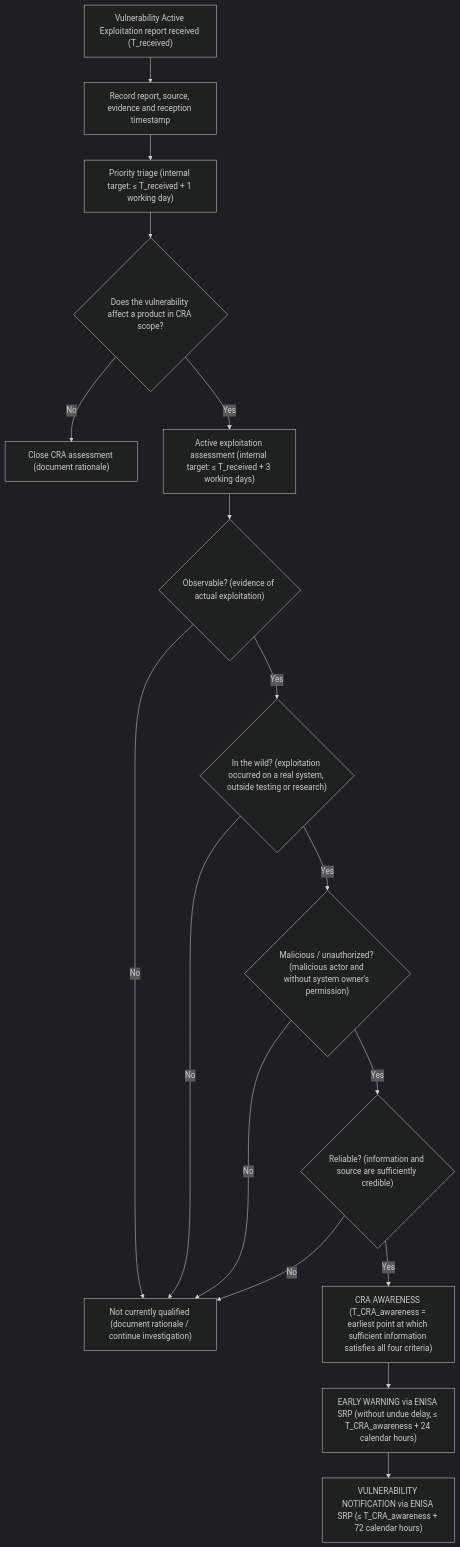
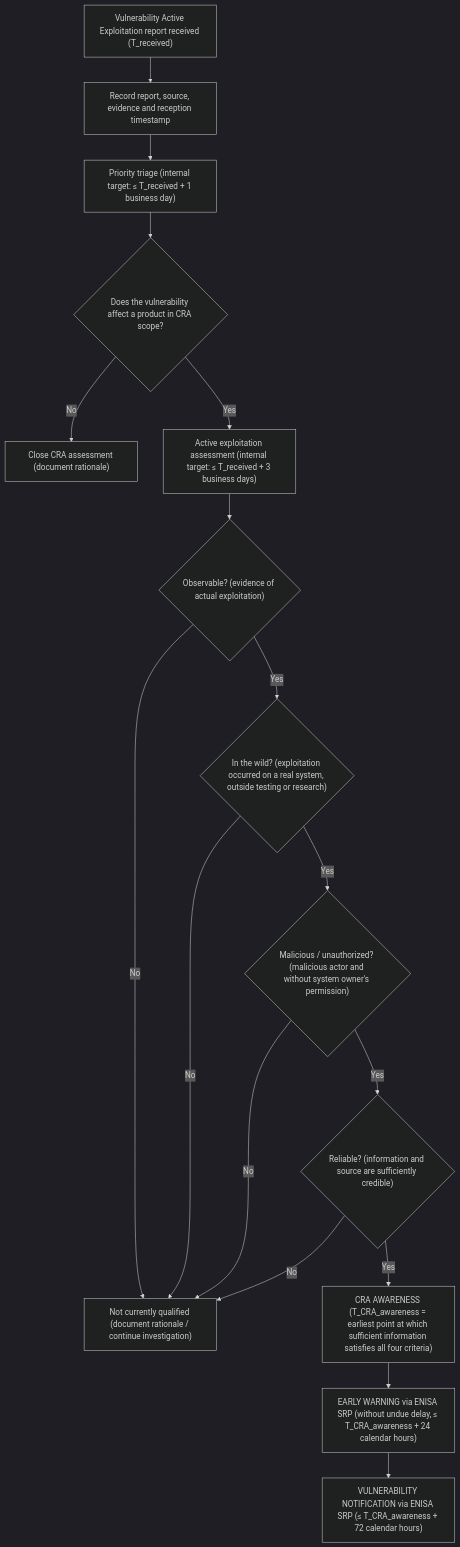
Before and after one commit to rfoucard/cra-fast-track: the diagram in templates/actively-exploited-vulnerability-process.md, drawn with Mermaid (dark theme).

````diff
--- a/templates/actively-exploited-vulnerability-process.md
+++ b/templates/actively-exploited-vulnerability-process.md
@@ -7,31 +7,31 @@
 ```mermaid
 flowchart TD
 
     A["Vulnerability Active Exploitation report received (T_received)"] --> B["Record report, source, evidence and reception timestamp"]
 
-    B --> C["Priority triage (internal target: ≤ T_received + 1 working day)"]
+    B --> C["Priority triage (internal target: ≤ T_received + 1 business day)"]
 
     C --> D{"Does the vulnerability affect a product in CRA scope?"}
 
     D -- "No" --> X["Close CRA assessment (document rationale)"]
 
-    D -- "Yes" --> E["Active exploitation assessment (internal target: ≤ T_received + 3 working days)"]
+    D -- "Yes" --> E["Active exploitation assessment (internal target: ≤ T_received + 3 business days)"]
 
     E --> F{"Observable? (evidence of actual exploitation)"}
 
     F -- "No" --> Y["Not currently qualified (document rationale / continue investigation)"]
     F -- "Yes" --> G{"In the wild? (exploitation occurred on a real system, outside testing or research)"}
 
     G -- "No" --> Y
     G -- "Yes" --> H{"Malicious / unauthorized? (malicious actor and without system owner's permission)"}
 
     H -- "No" --> Y
     H -- "Yes" --> I{"Reliable? (information and source are sufficiently credible)"}
 
     I -- "No" --> Y
     I -- "Yes" --> L["CRA AWARENESS (T_CRA_awareness = earliest point at which sufficient information satisfies all four criteria)"]
 
     L --> M["EARLY WARNING via ENISA SRP (without undue delay, ≤ T_CRA_awareness + 24 calendar hours)"]
 
     M --> N["VULNERABILITY NOTIFICATION via ENISA SRP (≤ T_CRA_awareness + 72 calendar hours)"]
 ```
````
